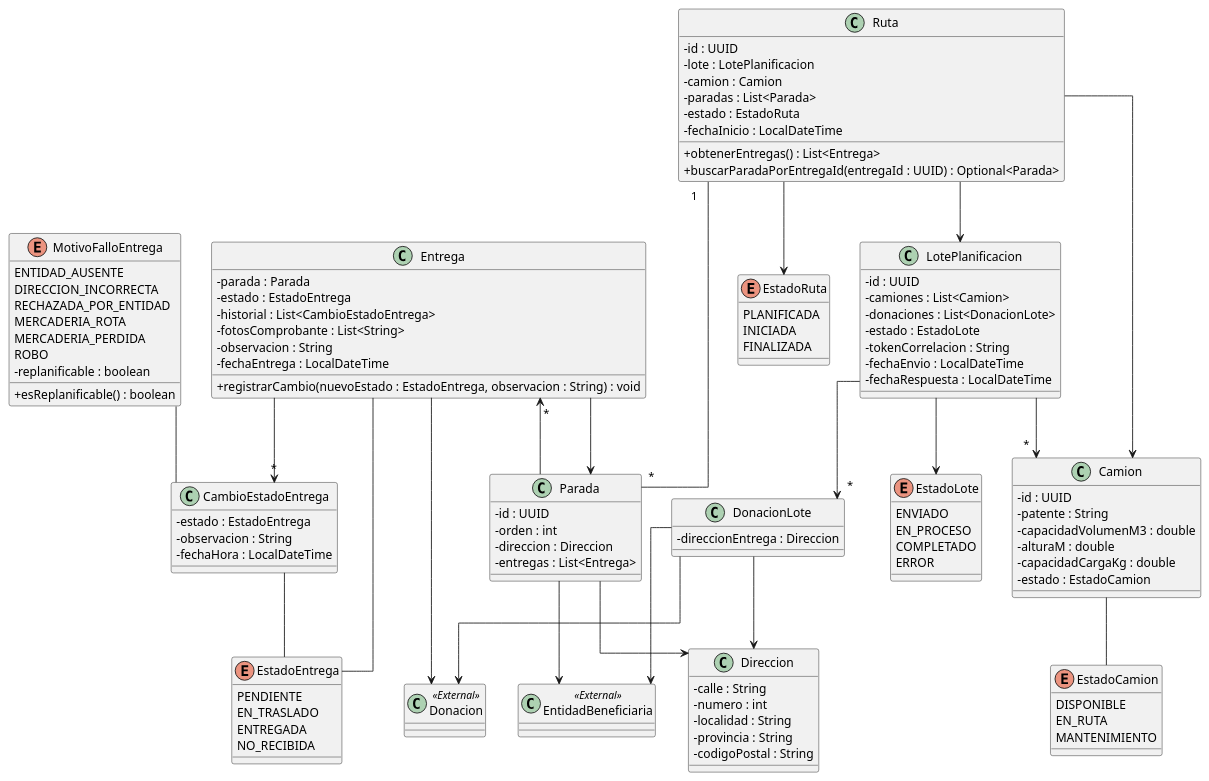
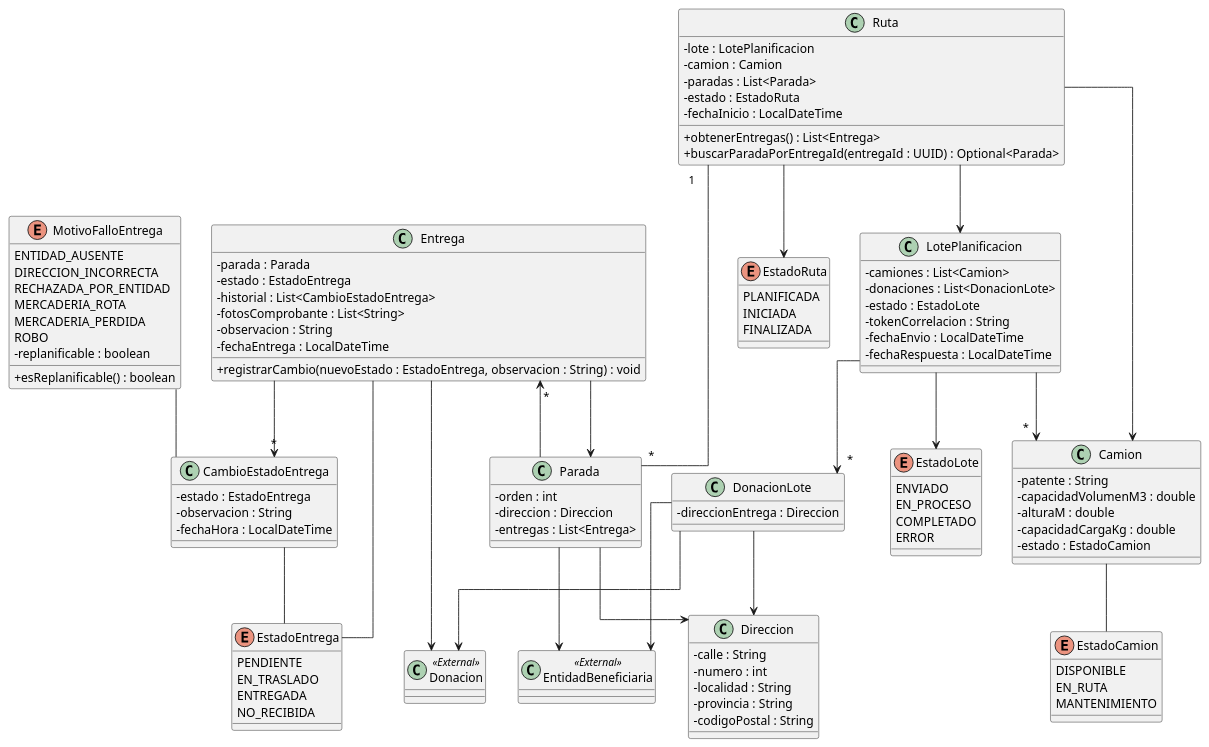
The diagram in donatrack/DiagramaDeClases/Logistica/diagramaClasesLogisticaModelNuevo.plantuml (PonceCamilo/TP-ANUAL-DISENIO-2026), drawn with PlantUML before and after one commit.

Commit message:
actualiza diagrama de clases de logística

```diff
--- a/donatrack/DiagramaDeClases/Logistica/diagramaClasesLogisticaModelNuevo.plantuml
+++ b/donatrack/DiagramaDeClases/Logistica/diagramaClasesLogisticaModelNuevo.plantuml
@@ -1,140 +1,136 @@
 @startuml diagramaClasesLogisticaModel
 
 skinparam classAttributeIconSize 0
 skinparam linetype ortho
 
 ' ============================ CLASES EXTERNAS ============================
 class Donacion <<External>>
 class EntidadBeneficiaria <<External>>
 
 ' ============================ DOMINIO LOGÍSTICA ============================
 class Direccion {
     - calle : String
     - numero : int
     - localidad : String
     - provincia : String
     - codigoPostal : String
 }
 
 class Camion {
-    - id : UUID
     - patente : String
     - capacidadVolumenM3 : double
     - alturaM : double
     - capacidadCargaKg : double
     - estado : EstadoCamion
 }
 
 enum EstadoCamion {
     DISPONIBLE
     EN_RUTA
     MANTENIMIENTO
 }
 
 class LotePlanificacion {
-    - id : UUID
     - camiones : List<Camion>
     - donaciones : List<DonacionLote>
     - estado : EstadoLote
     - tokenCorrelacion : String
     - fechaEnvio : LocalDateTime
     - fechaRespuesta : LocalDateTime
 }
 
 enum EstadoLote {
     ENVIADO
     EN_PROCESO
     COMPLETADO
     ERROR
 }
 
 class DonacionLote {
     - direccionEntrega : Direccion
 }
 
 class Ruta {
-    - id : UUID
     - lote : LotePlanificacion
     - camion : Camion
     - paradas : List<Parada>
     - estado : EstadoRuta
     - fechaInicio : LocalDateTime
     + obtenerEntregas() : List<Entrega>
     + buscarParadaPorEntregaId(entregaId : UUID) : Optional<Parada>
 }
 
 enum EstadoRuta {
     PLANIFICADA
     INICIADA
     FINALIZADA
 }
 
 class Parada {
-    - id : UUID
     - orden : int
     - direccion : Direccion
     - entregas : List<Entrega>
 }
 
 class Entrega {
     - parada : Parada
     - estado : EstadoEntrega
     - historial : List<CambioEstadoEntrega>
     - fotosComprobante : List<String>
     - observacion : String
     - fechaEntrega : LocalDateTime
     + registrarCambio(nuevoEstado : EstadoEntrega, observacion : String) : void
 }
 
 enum EstadoEntrega {
     PENDIENTE
     EN_TRASLADO
     ENTREGADA
     NO_RECIBIDA
 }
 
 class CambioEstadoEntrega {
     - estado : EstadoEntrega
     - observacion : String
     - fechaHora : LocalDateTime
 }
 
 enum MotivoFalloEntrega {
     ENTIDAD_AUSENTE
     DIRECCION_INCORRECTA
     RECHAZADA_POR_ENTIDAD
     MERCADERIA_ROTA
     MERCADERIA_PERDIDA
     ROBO
     - replanificable : boolean
     + esReplanificable() : boolean
 }
 
 ' ============================ RELACIONES ============================
 Camion -- EstadoCamion
 
 Entrega -- EstadoEntrega
 Entrega --> "*" CambioEstadoEntrega
 Entrega --> Donacion
 Entrega --> Parada
 
 CambioEstadoEntrega -- EstadoEntrega
 CambioEstadoEntrega -up- MotivoFalloEntrega
 Parada --> Direccion
 Parada --> "*" Entrega
 Parada --> EntidadBeneficiaria
 
 Ruta --> EstadoRuta
 Ruta --> Camion
 Ruta "1" -- "*" Parada
 Ruta --> LotePlanificacion
 
 LotePlanificacion --> EstadoLote
 LotePlanificacion --> "*" Camion
 LotePlanificacion --> "*" DonacionLote
 
 DonacionLote --> Direccion
 DonacionLote --> Donacion
 DonacionLote --> EntidadBeneficiaria
 
 @enduml
```
